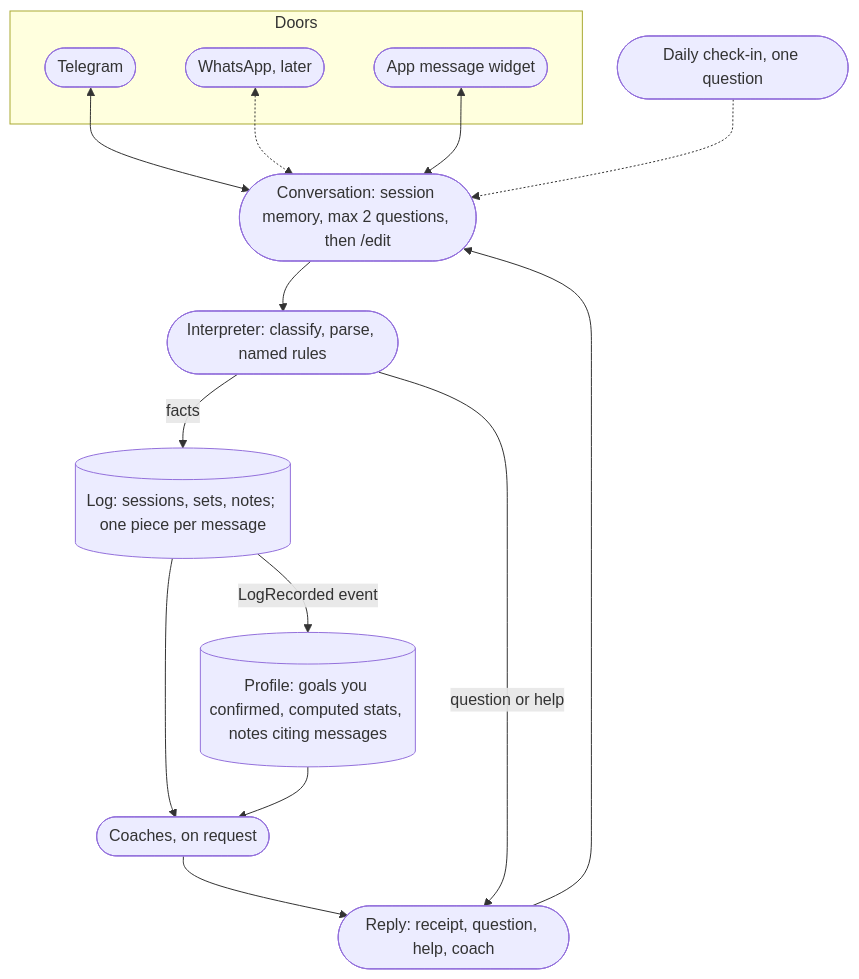
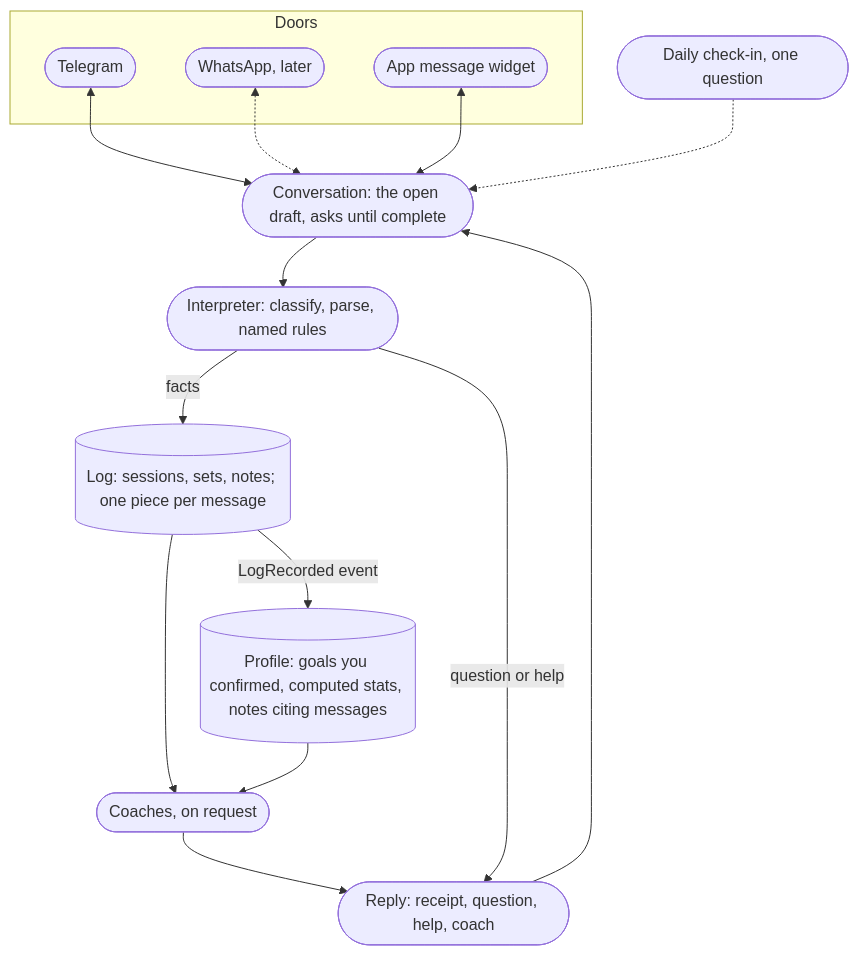
The first of 5 diagrams in PLAN.md (Hersh3yy/work-it-out), drawn with Mermaid before and after one commit. The commit also changed other lines of this file and 1 other file, not shown here.

````diff
--- a/PLAN.md
+++ b/PLAN.md
@@ -87,27 +87,27 @@
 ```mermaid
 flowchart TB
   subgraph doors [Doors]
     TG([Telegram])
     WA([WhatsApp, later])
     APP([App message widget])
   end
   CI([Daily check-in, one question])
-  CONV([Conversation: session memory, max 2 questions, then /edit])
+  CONV([Conversation: the open draft, asks until complete])
   INT([Interpreter: classify, parse, named rules])
   LOG[(Log: sessions, sets, notes; one piece per message)]
   PROF[(Profile: goals you confirmed, computed stats, notes citing messages)]
   COACH([Coaches, on request])
   REPLY([Reply: receipt, question, help, coach])
   TG <--> CONV
   WA <-.-> CONV
   APP <--> CONV
   CI -.-> CONV
   CONV --> INT
   INT -->|facts| LOG
   LOG -->|LogRecorded event| PROF
   LOG --> COACH
   PROF --> COACH
   COACH --> REPLY
   INT -->|question or help| REPLY
   REPLY --> CONV
 ```
````
